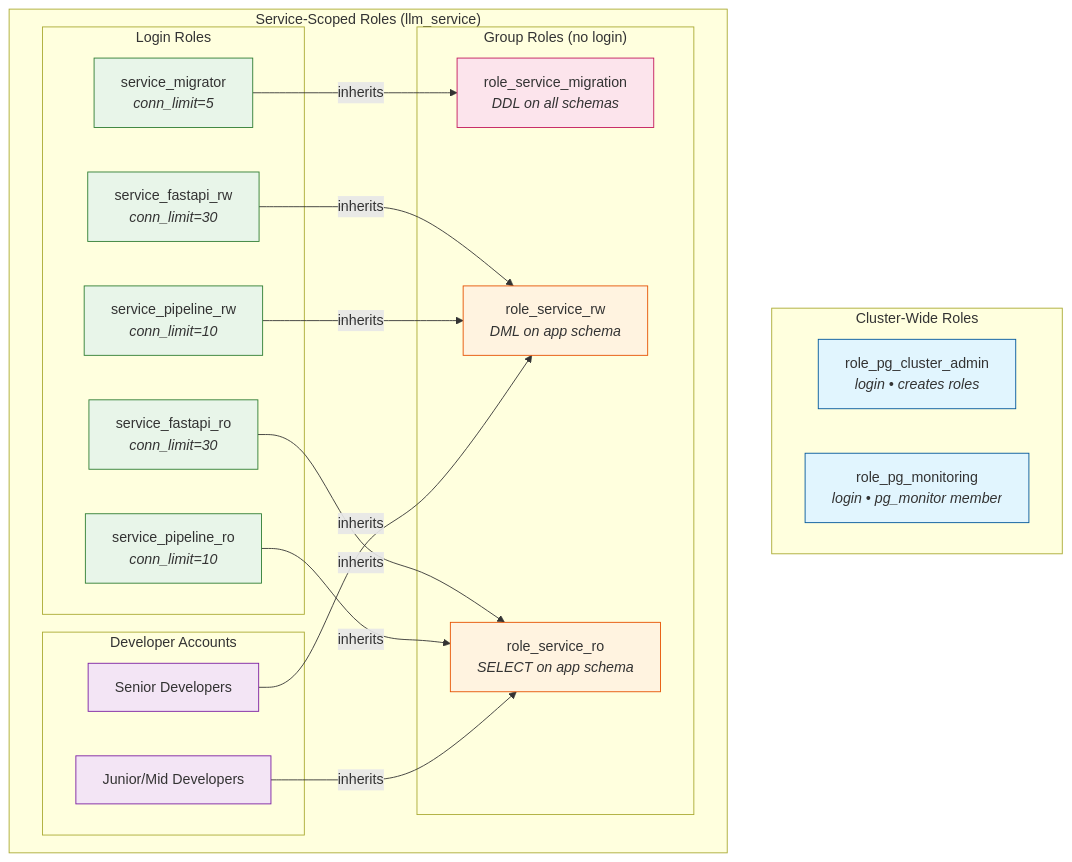
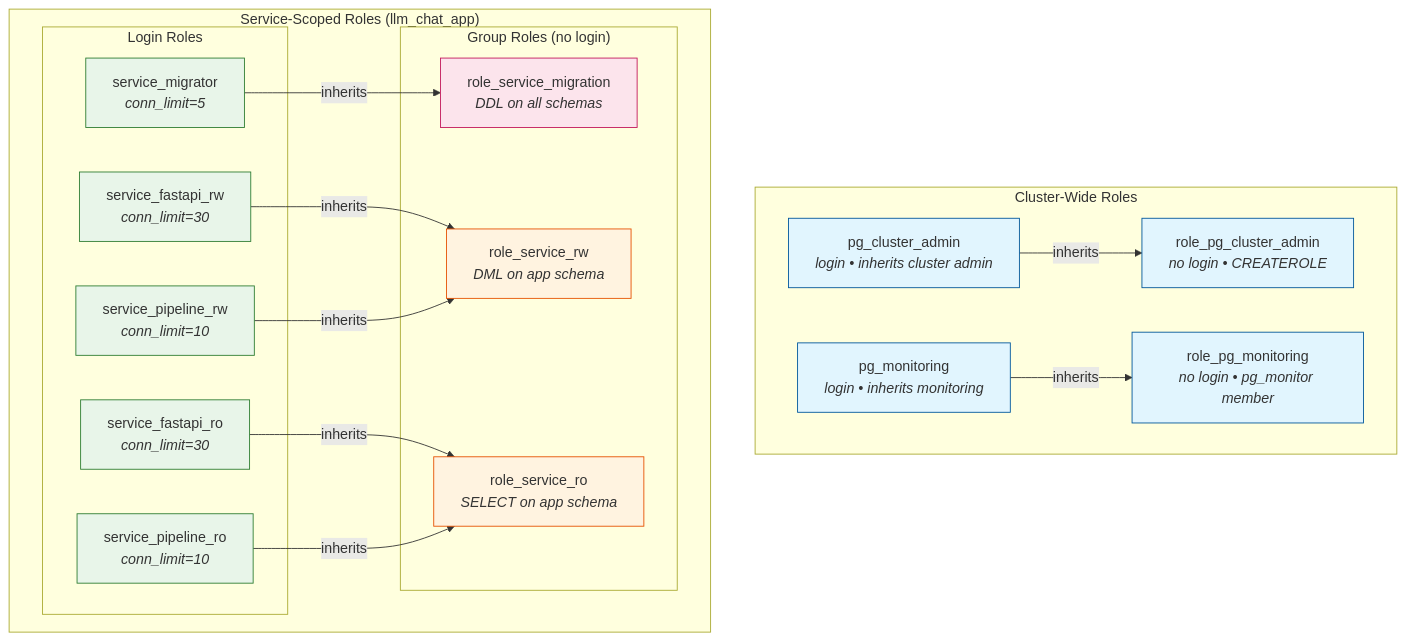
Before and after one commit to masterpointio/terraform-postgres-config-dbs-users-roles: the first of 2 diagrams in examples/llm_chat_app/README.md, drawn with Mermaid. The commit also changed other lines of this file and 7 other files, not shown here.

Commit message:
examples: change db name and add pg_ prefixed login roles

````diff
--- a/examples/llm_chat_app/README.md
+++ b/examples/llm_chat_app/README.md
@@ -168,52 +108,45 @@
 ```mermaid
 flowchart TB
     subgraph cluster["Cluster-Wide Roles"]
-        admin["role_pg_cluster_admin<br/><i>login • creates roles</i>"]
-        monitoring["role_pg_monitoring<br/><i>login • pg_monitor member</i>"]
+        role_admin["role_pg_cluster_admin<br/><i>no login • CREATEROLE</i>"]
+        pg_admin["pg_cluster_admin<br/><i>login • inherits cluster admin</i>"]
+        role_monitoring["role_pg_monitoring<br/><i>no login • pg_monitor member</i>"]
+        pg_monitoring["pg_monitoring<br/><i>login • inherits monitoring</i>"]
+
+        pg_admin -->|inherits| role_admin
+        pg_monitoring -->|inherits| role_monitoring
     end
 
-    subgraph service["Service-Scoped Roles (llm_service)"]
+    subgraph service["Service-Scoped Roles (llm_chat_app)"]
         subgraph groups["Group Roles (no login)"]
             migration["role_service_migration<br/><i>DDL on all schemas</i>"]
             rw["role_service_rw<br/><i>DML on app schema</i>"]
             ro["role_service_ro<br/><i>SELECT on app schema</i>"]
         end
 
         subgraph logins["Login Roles"]
             migrator["service_migrator<br/><i>conn_limit=5</i>"]
             fastapi_rw["service_fastapi_rw<br/><i>conn_limit=30</i>"]
             fastapi_ro["service_fastapi_ro<br/><i>conn_limit=30</i>"]
             pipeline_rw["service_pipeline_rw<br/><i>conn_limit=10</i>"]
             pipeline_ro["service_pipeline_ro<br/><i>conn_limit=10</i>"]
         end
-
-        subgraph devs["Developer Accounts"]
-            senior["Senior Developers"]
-            junior["Junior/Mid Developers"]
-        end
     end
 
-    %% Inheritance arrows
     migrator -->|inherits| migration
+    fastapi_rw -->|inherits| rw
+    fastapi_ro -->|inherits| ro
+    pipeline_rw -->|inherits| rw
+    pipeline_ro -->|inherits| ro
 
-    fastapi_rw -->|inherits| rw
-    pipeline_rw -->|inherits| rw
-    senior -->|inherits| rw
-
-    fastapi_ro -->|inherits| ro
-    pipeline_ro -->|inherits| ro
-    junior -->|inherits| ro
-
-    %% Styling
     classDef clusterRole fill:#e1f5fe,stroke:#01579b
     classDef groupRole fill:#fff3e0,stroke:#e65100
     classDef loginRole fill:#e8f5e9,stroke:#2e7d32
-    classDef devRole fill:#f3e5f5,stroke:#7b1fa2
     classDef migrationGroup fill:#fce4ec,stroke:#c2185b
 
-    class admin,monitoring clusterRole
+    class role_admin,role_monitoring clusterRole
+    class pg_admin,pg_monitoring clusterRole
     class rw,ro groupRole
     class migration migrationGroup
     class migrator,fastapi_rw,fastapi_ro,pipeline_rw,pipeline_ro loginRole
-    class senior,junior devRole
 ```
````
